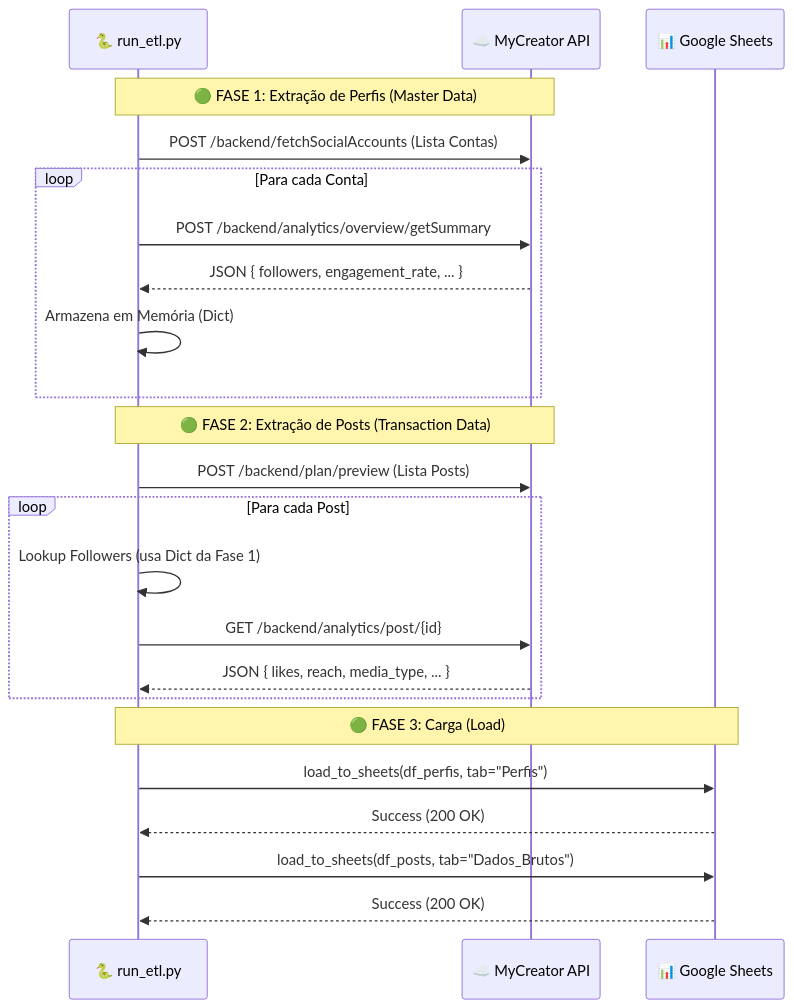
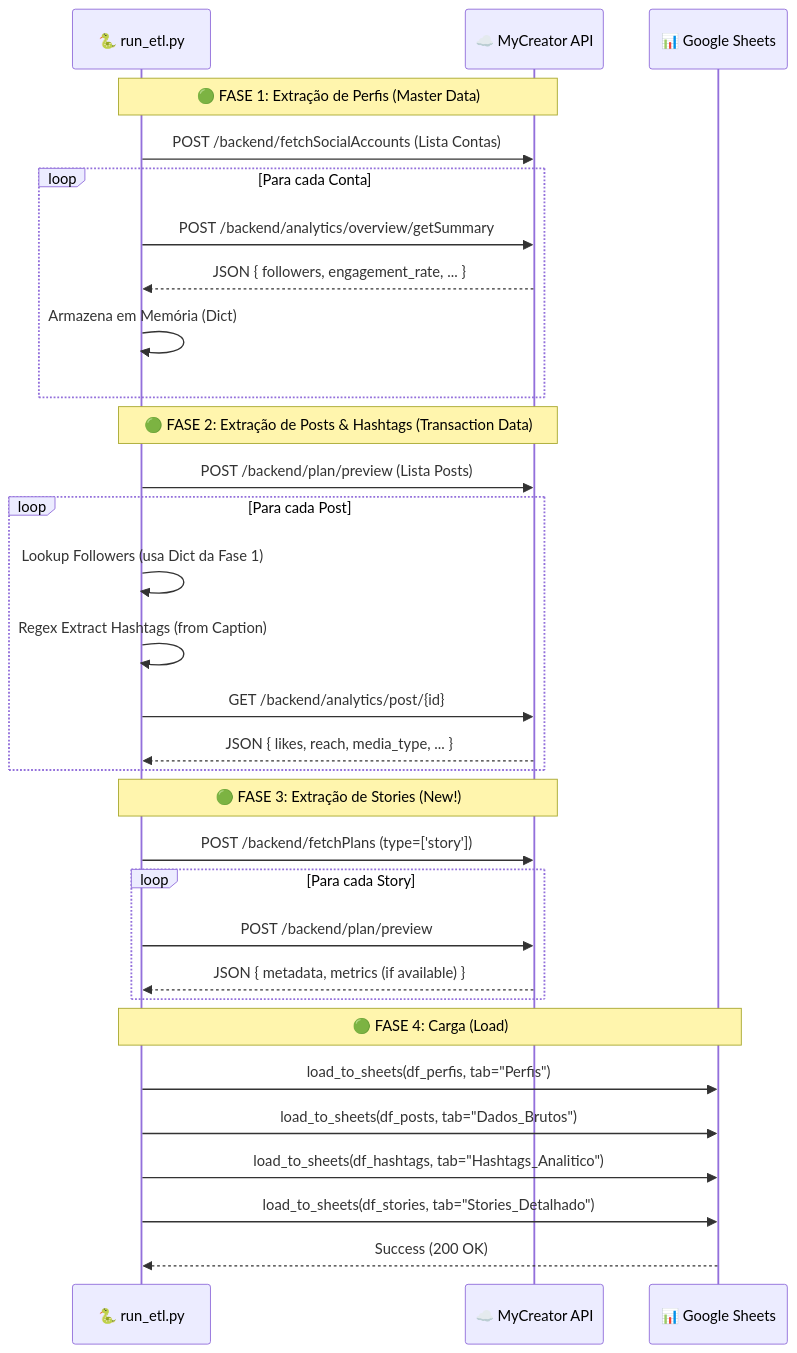
One commit to mscarpenter-myside/mycreator-analytics changed the second of 3 diagrams in DOC_TECNICA.md. Above: the diagram before and after it, drawn with Mermaid. The commit also changed other lines of this file and 8 other files, not shown here.

````diff
--- a/DOC_TECNICA.md
+++ b/DOC_TECNICA.md
@@ -60,28 +63,37 @@
 ```mermaid
 sequenceDiagram
     participant ETL as 🐍 run_etl.py
     participant API as ☁️ MyCreator API
     participant Sheet as 📊 Google Sheets
 
     Note over ETL, API: 🟢 FASE 1: Extração de Perfis (Master Data)
     ETL->>API: POST /backend/fetchSocialAccounts (Lista Contas)
     loop Para cada Conta
         ETL->>API: POST /backend/analytics/overview/getSummary
         API-->>ETL: JSON { followers, engagement_rate, ... }
         ETL->>ETL: Armazena em Memória (Dict)
     end
 
-    Note over ETL, API: 🟢 FASE 2: Extração de Posts (Transaction Data)
+    Note over ETL, API: 🟢 FASE 2: Extração de Posts & Hashtags (Transaction Data)
     ETL->>API: POST /backend/plan/preview (Lista Posts)
     loop Para cada Post
         ETL->>ETL: Lookup Followers (usa Dict da Fase 1)
+        ETL->>ETL: Regex Extract Hashtags (from Caption)
         ETL->>API: GET /backend/analytics/post/{id}
         API-->>ETL: JSON { likes, reach, media_type, ... }
     end
 
-    Note over ETL, Sheet: 🟢 FASE 3: Carga (Load)
+    Note over ETL, API: 🟢 FASE 3: Extração de Stories (New!)
+    ETL->>API: POST /backend/fetchPlans (type=['story'])
+    loop Para cada Story
+        ETL->>API: POST /backend/plan/preview
+        API-->>ETL: JSON { metadata, metrics (if available) }
+    end
+
+    Note over ETL, Sheet: 🟢 FASE 4: Carga (Load)
     ETL->>Sheet: load_to_sheets(df_perfis, tab="Perfis")
-    Sheet-->>ETL: Success (200 OK)
     ETL->>Sheet: load_to_sheets(df_posts, tab="Dados_Brutos")
+    ETL->>Sheet: load_to_sheets(df_hashtags, tab="Hashtags_Analitico")
+    ETL->>Sheet: load_to_sheets(df_stories, tab="Stories_Detalhado")
     Sheet-->>ETL: Success (200 OK)
 ```
````
